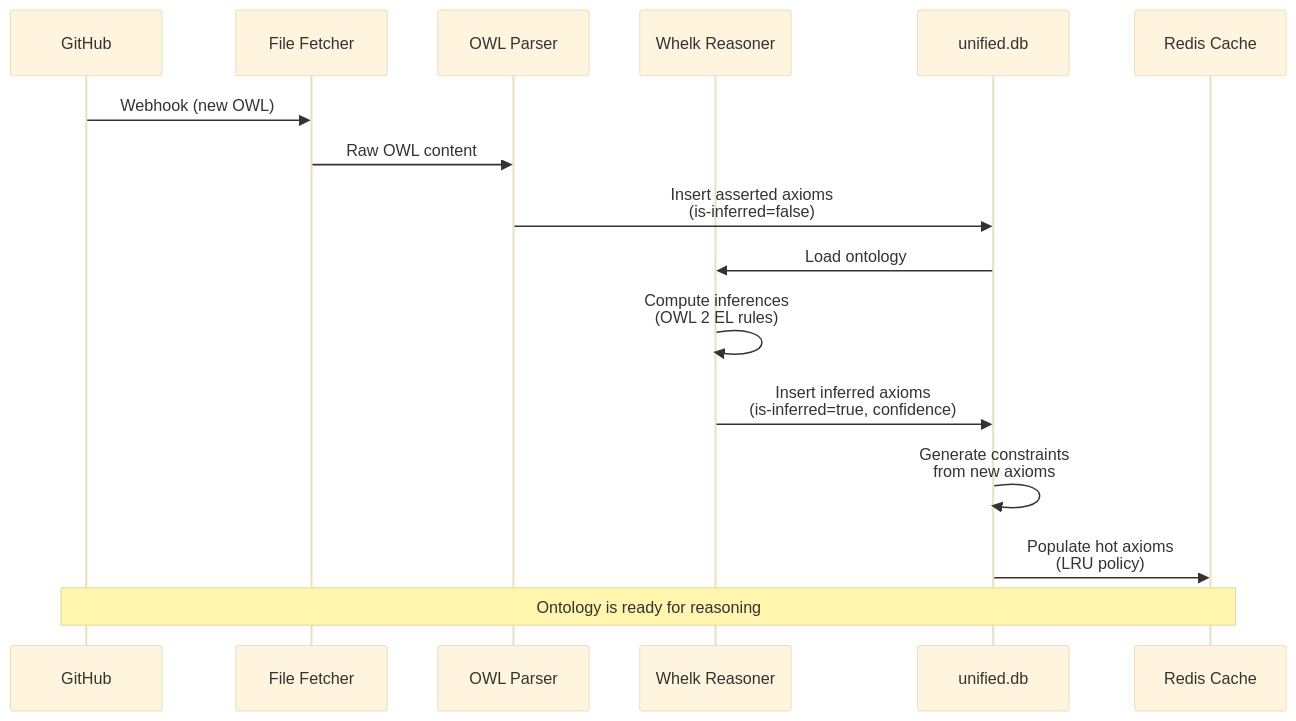
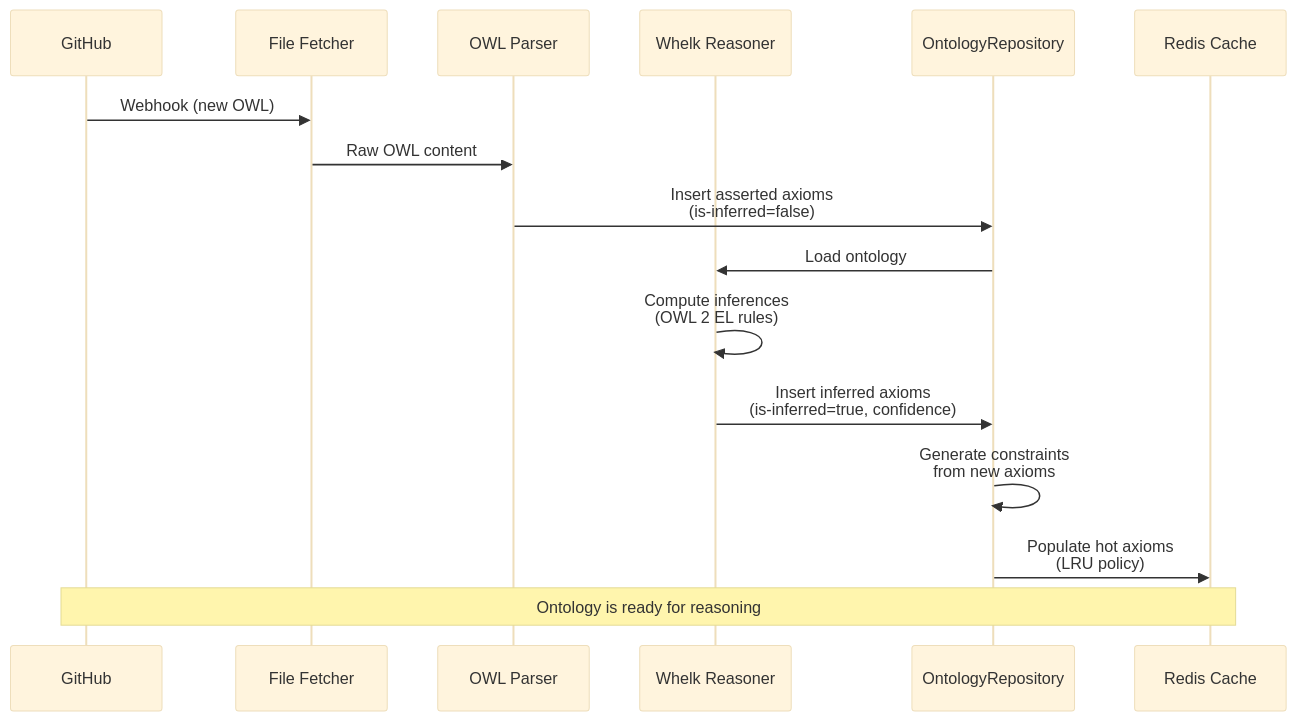
Before and after one commit to DreamLab-AI/VisionFlow: the second of 3 diagrams in docs/explanation/architecture/ontology-storage-architecture.md, drawn with Mermaid (base theme). The commit also changed other lines of this file and 22 other files, not shown here.

````diff
--- a/docs/explanation/architecture/ontology-storage-architecture.md
+++ b/docs/explanation/architecture/ontology-storage-architecture.md
@@ -180,22 +180,22 @@
 ```mermaid
 sequenceDiagram
     participant GitHub
     participant Fetcher as File Fetcher
     participant Parser as OWL Parser
     participant Reasoner as Whelk Reasoner
-    participant DB as unified.db
+    participant DB as OntologyRepository
     participant Cache as Redis Cache
 
     GitHub->>Fetcher: Webhook (new OWL)
     Fetcher->>Parser: Raw OWL content
     Parser->>DB: Insert asserted axioms<br/>(is-inferred=false)
     DB->>Reasoner: Load ontology
 
     Reasoner->>Reasoner: Compute inferences<br/>(OWL 2 EL rules)
     Reasoner->>DB: Insert inferred axioms<br/>(is-inferred=true, confidence)
 
     DB->>DB: Generate constraints<br/>from new axioms
     DB->>Cache: Populate hot axioms<br/>(LRU policy)
 
     Note over GitHub,Cache: Ontology is ready for reasoning
 ```
````
